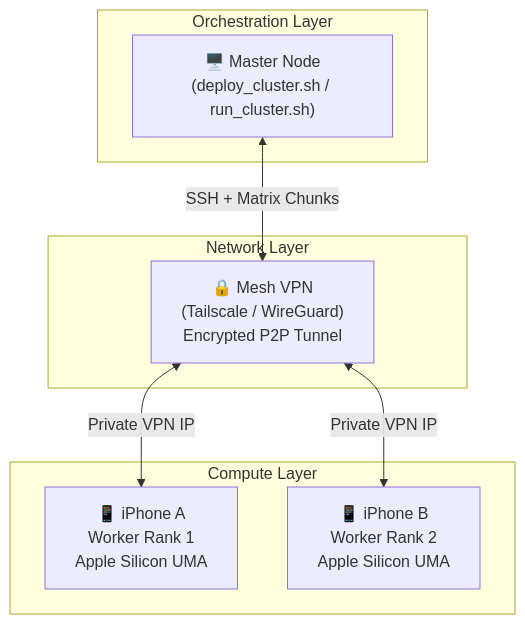
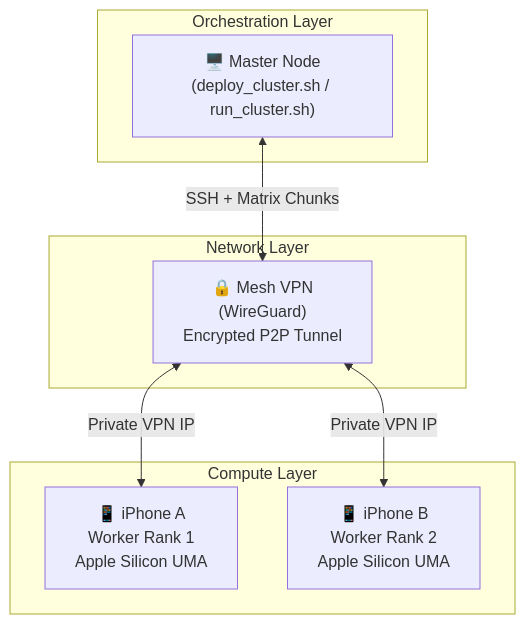
Before and after one commit to Mykol71/dist_cluster: the first of 3 diagrams in docs/Technical_Guide.md, drawn with Mermaid. The commit also changed other lines of this file and 7 other files, not shown here.

````diff
--- a/docs/Technical_Guide.md
+++ b/docs/Technical_Guide.md
@@ -16,16 +16,16 @@
 ```mermaid
 flowchart TD
     subgraph OL["Orchestration Layer"]
         ORCH["🖥️ Master Node\n(deploy_cluster.sh / run_cluster.sh)"]
     end
     subgraph NL["Network Layer"]
-        VPN["🔒 Mesh VPN\n(Tailscale / WireGuard)\nEncrypted P2P Tunnel"]
+        VPN["🔒 Mesh VPN\n(WireGuard)\nEncrypted P2P Tunnel"]
     end
     subgraph CL["Compute Layer"]
         W1["📱 iPhone A\nWorker Rank 1\nApple Silicon UMA"]
         W2["📱 iPhone B\nWorker Rank 2\nApple Silicon UMA"]
     end
     ORCH <-->|"SSH + Matrix Chunks"| VPN
     VPN <-->|"Private VPN IP"| W1
     VPN <-->|"Private VPN IP"| W2
 ```
````
